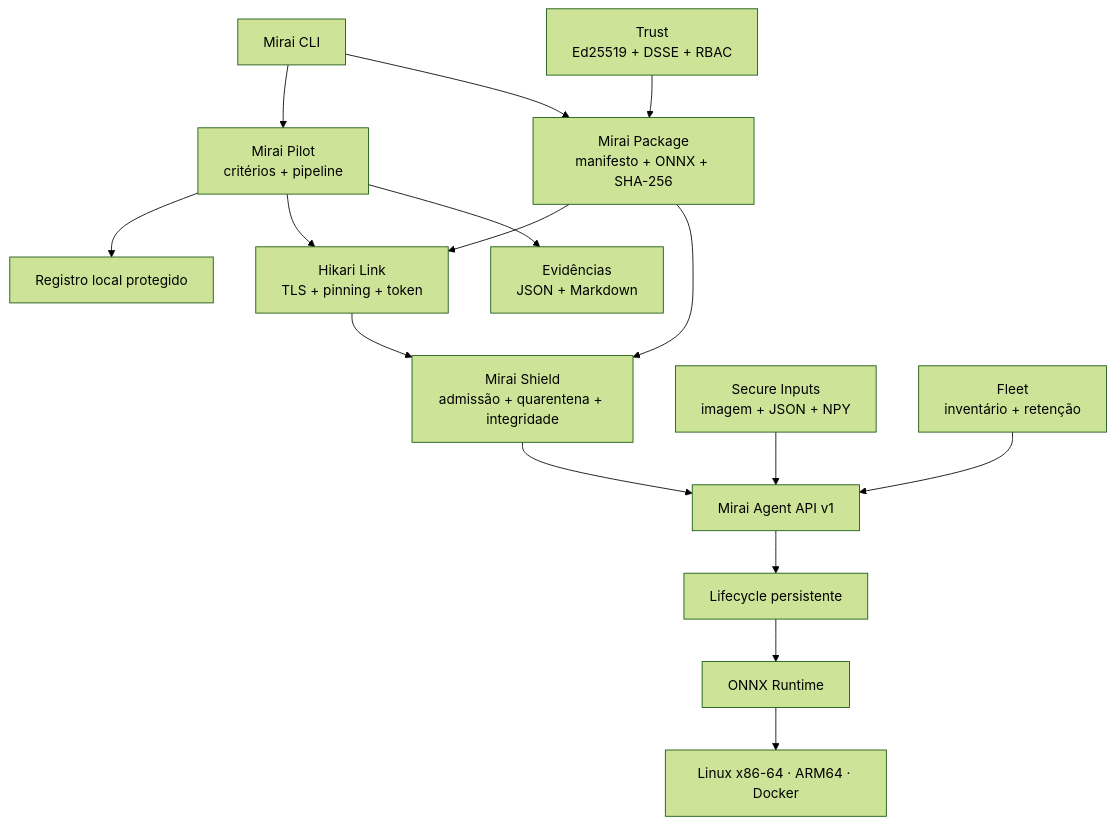
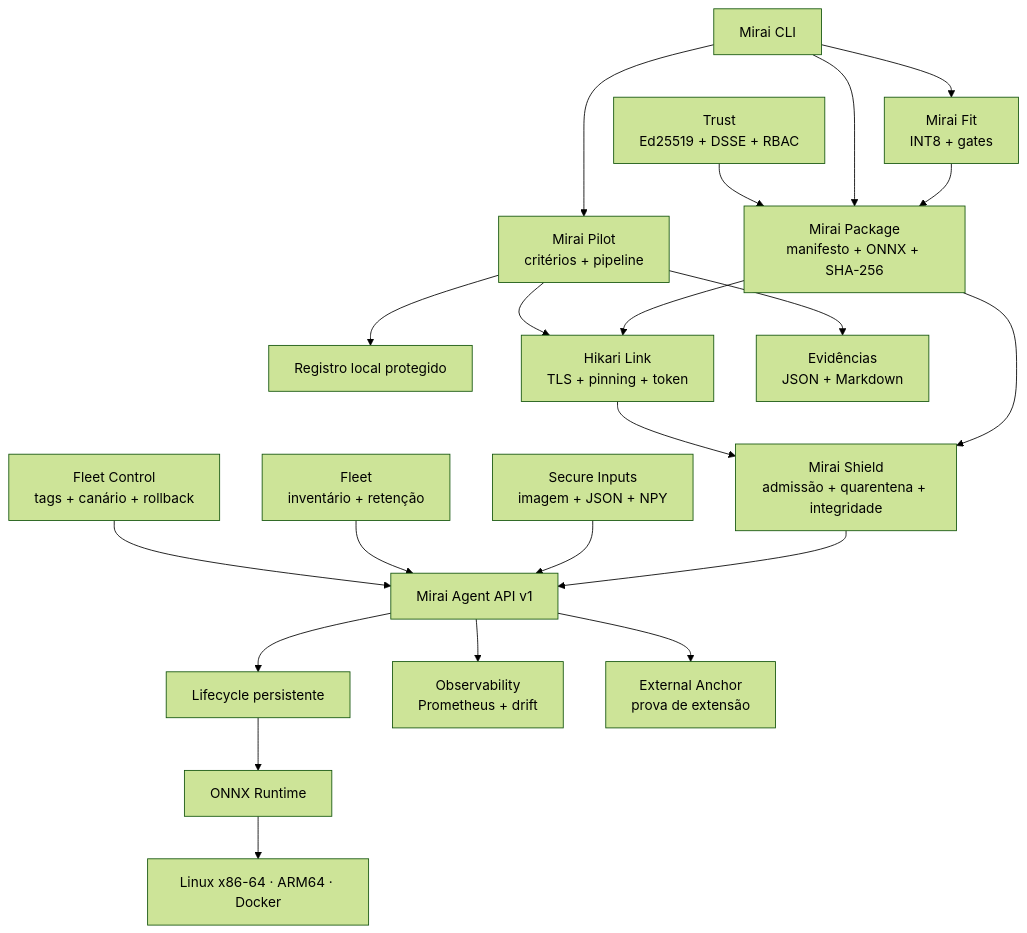
The diagram in README.md (start6202783-dotcom/MiraiOS), drawn with Mermaid (forest theme) before and after one commit. The commit also changed other lines of this file and 25 other files, not shown here.

````diff
--- a/README.md
+++ b/README.md
@@ -130,33 +155,42 @@
 ```mermaid
 flowchart TD
     CLI["Mirai CLI"]
     PILOT["Mirai Pilot<br/>critérios + pipeline"]
     REG["Registro local protegido"]
     LINK["Hikari Link<br/>TLS + pinning + token"]
     TRUST["Trust<br/>Ed25519 + DSSE + RBAC"]
     SHIELD["Mirai Shield<br/>admissão + quarentena + integridade"]
     API["Mirai Agent API v1"]
     PKG["Mirai Package<br/>manifesto + ONNX + SHA-256"]
     LIFE["Lifecycle persistente"]
     ORT["ONNX Runtime"]
     REPORT["Evidências<br/>JSON + Markdown"]
     INPUT["Secure Inputs<br/>imagem + JSON + NPY"]
     FLEET["Fleet<br/>inventário + retenção"]
+    ROLLOUT["Fleet Control<br/>tags + canário + rollback"]
+    OBS["Observability<br/>Prometheus + drift"]
+    ANCHOR["External Anchor<br/>prova de extensão"]
+    FIT["Mirai Fit<br/>INT8 + gates"]
     EDGE["Linux x86-64 · ARM64 · Docker"]
 
     CLI --> PILOT
+    CLI --> FIT
+    FIT --> PKG
     PILOT --> REG
     CLI --> PKG
     PKG --> LINK
     TRUST --> PKG
     PKG --> SHIELD
     SHIELD --> API
     PILOT --> LINK
     LINK --> SHIELD
     INPUT --> API
     API --> LIFE
     FLEET --> API
+    ROLLOUT --> API
+    API --> OBS
+    API --> ANCHOR
     LIFE --> ORT
     ORT --> EDGE
     PILOT --> REPORT
 ```
````
